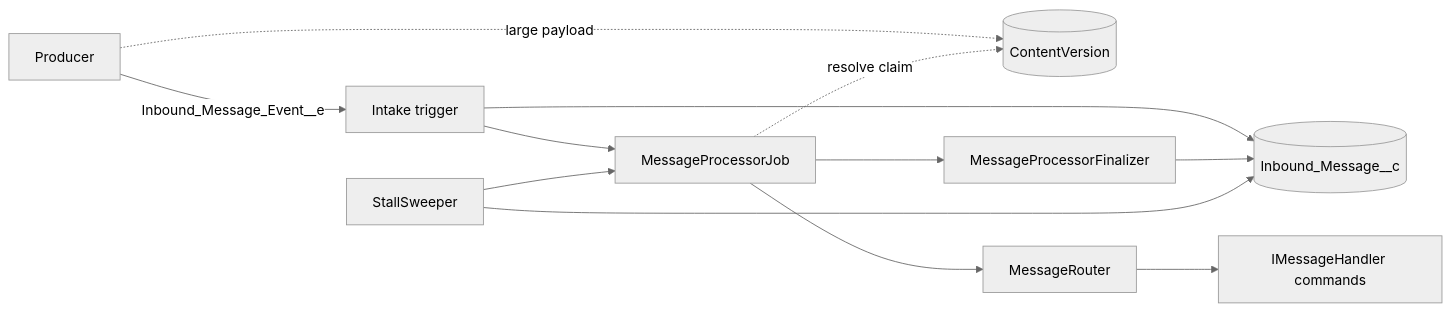
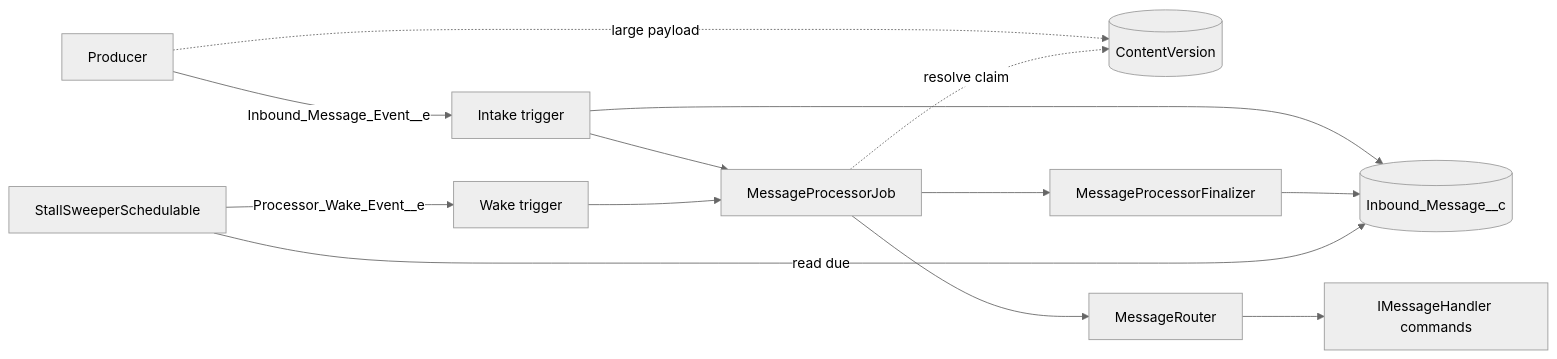
One commit to csquaredaz/apex-event-ingestion changed the diagram in README.md. Above: the diagram before and after it, drawn with Mermaid (neutral theme). The commit also changed other lines of this file and 3 other files, not shown here.

Commit message:
docs(adr): add ADR 0009 stall sweeper and amend 0002 and 0006

````diff
--- a/README.md
+++ b/README.md
@@ -14,14 +14,15 @@
 ```mermaid
 flowchart LR
   producer[Producer] -->|Inbound_Message_Event__e| intake[Intake trigger]
   producer -.->|large payload| files[(ContentVersion)]
   intake --> store[(Inbound_Message__c)]
   intake --> job[MessageProcessorJob]
   job --> router[MessageRouter]
   router --> handlers[IMessageHandler commands]
   job -.->|resolve claim| files
   job --> finalizer[MessageProcessorFinalizer]
   finalizer --> store
-  sweeper[StallSweeper] --> store
-  sweeper --> job
+  sweeper[StallSweeperSchedulable] -->|read due| store
+  sweeper -->|Processor_Wake_Event__e| wake[Wake trigger]
+  wake --> job
 ```
````
